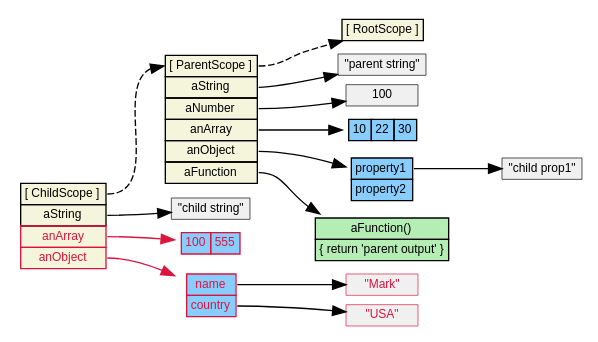
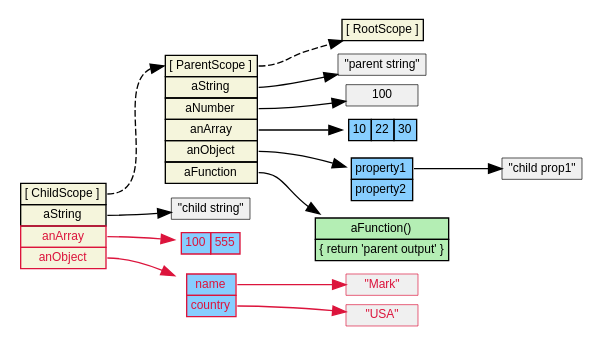
One commit to mrajcok/angularjs-prototypal-inheritance-diagrams changed the diagram in child_hides_objects.dot. Above: the diagram before and after it, drawn with Graphviz. The commit also changed 1 other file, not shown here.

```diff
--- a/child_hides_objects.dot
+++ b/child_hides_objects.dot
@@ -1,68 +1,68 @@
 digraph d {
 	rankdir=LR
 	nodesep=0.1
 	node [shape=Mrecord, fontname="Helvetica,Sans", fontsize=9, penwidth=0.5, margin="0.05, 0.04", height="0.2" ]
 
   /* scopes */
   node [shape=plaintext];
   root [label=<<table bgcolor="beige" border="0" cellborder="1" cellpadding="2" cellspacing="0">
   <tr><td port="proto">[ RootScope ]</td></tr></table>>]
   parent [label=<<table bgcolor="beige" border="0" cellborder="1" cellpadding="2" cellspacing="0">
   <tr><td port="proto">[ ParentScope ]</td></tr>
   <tr><td port="aString">aString</td></tr>
   <tr><td port="aNumber">aNumber</td></tr>
   <tr><td port="anArray">anArray</td></tr>
   <tr><td port="anObject">anObject</td></tr>
   <tr><td port="aFunction">aFunction</td></tr>
   </table>>]
   child [label=<<table bgcolor="beige" border="0" cellborder="1" cellpadding="2" cellspacing="0">
   <tr><td port="proto">[ ChildScope ]</td></tr>
   <tr><td port="aString">aString</td></tr>
   <tr><td port="anArray" color="crimson"><font color="crimson">anArray</font></td></tr>
   <tr><td port="anObject" color="crimson"><font color="crimson">anObject</font></td></tr>
   </table>>]
 
   /* objects */
   anArray [label=<<table bgcolor="skyblue1" border="0" cellborder="1" cellpadding="2" cellspacing="0">
   <tr><td port="index0">10</td><td>22</td><td>30</td></tr></table>>]
   anObject [label=<<table bgcolor="skyblue1" border="0" cellborder="1" cellpadding="2" cellspacing="0">
   <tr><td port="prop1">property1</td></tr>
   <tr><td port="prop2">property2</td></tr></table>>]
   anArrayC [label=<<table bgcolor="skyblue1" color="crimson" border="0" cellborder="1" cellpadding="2" cellspacing="0">
   <tr>
     <td port="index0"><font color="crimson"><font point-size="9">100</font></font></td>
     <td><font color="crimson">555</font></td></tr></table>>]
   anObjectC [label=<<table bgcolor="skyblue1" color="crimson" border="0" cellborder="1" cellpadding="2" cellspacing="0">
   <tr><td port="name" cellspacing="1"><font color="crimson"><font point-size="9">name</font></font></td></tr>
   <tr><td port="country"><font color="crimson">country</font></td></tr></table>>]
   
   /* functions */
   aFunction [label=<<table bgcolor="darkseagreen2" border="0" cellborder="1" cellpadding="2" cellspacing="0">
   <tr><td>aFunction()</td></tr>
   <tr><td>{ return 'parent output' }</td></tr></table>>]
   
   /* literals */
   node [fillcolor=gray94, shape=box, style=filled]
   aString [label="\"parent string\""]
   aStringC [label="\"child string\""]
   aNumber [label="100"]
   prop1 [label="\"child prop1\""]
   node [color=crimson, fontcolor=crimson]
   name [label="\"Mark\""]
   country [label="\"USA\""]
   
   /* references */
   parent:proto -> root:proto [style = dashed]
   child:proto -> parent:proto [style = dashed]
     child:aString -> aStringC 
     child:anArray -> anArrayC   [color=crimson]
     child:anObject -> anObjectC [color=crimson]
   parent:aString -> aString
   parent:aNumber -> aNumber
   parent:anArray -> anArray
   parent:anObject -> anObject
     anObject:prop1 -> prop1
   parent:aFunction -> aFunction
-  anObjectC:name -> name
-  anObjectC:country -> country
+  anObjectC:name -> name       [color=crimson]
+  anObjectC:country -> country [color=crimson]
 }
```
